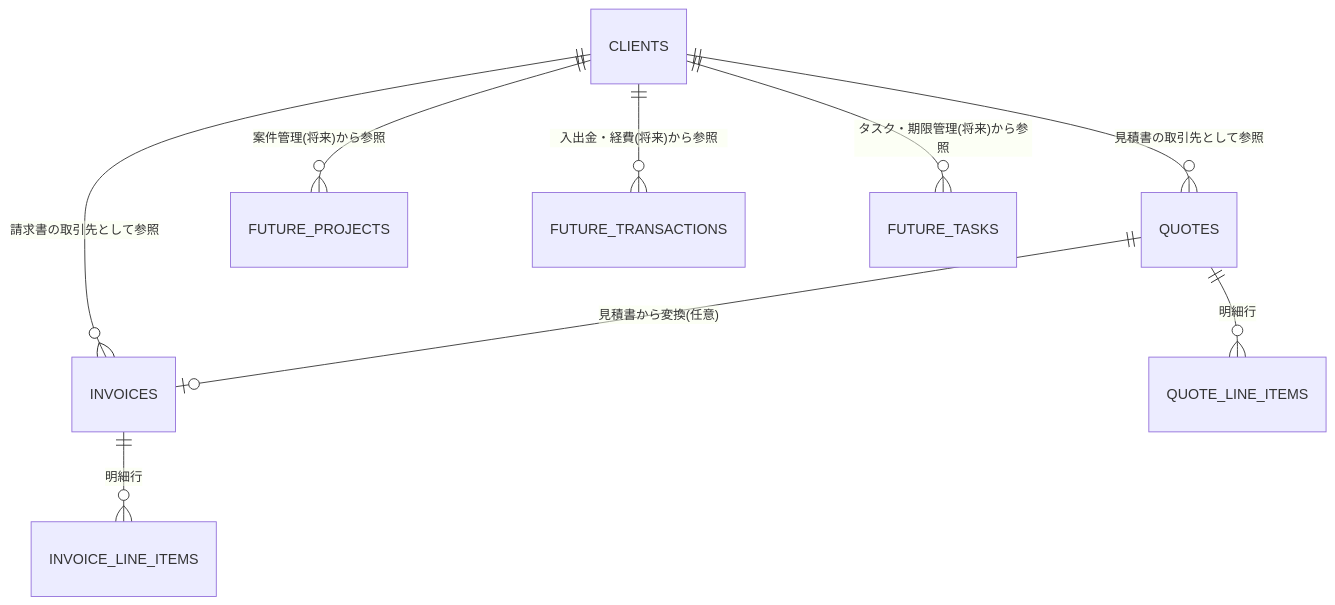
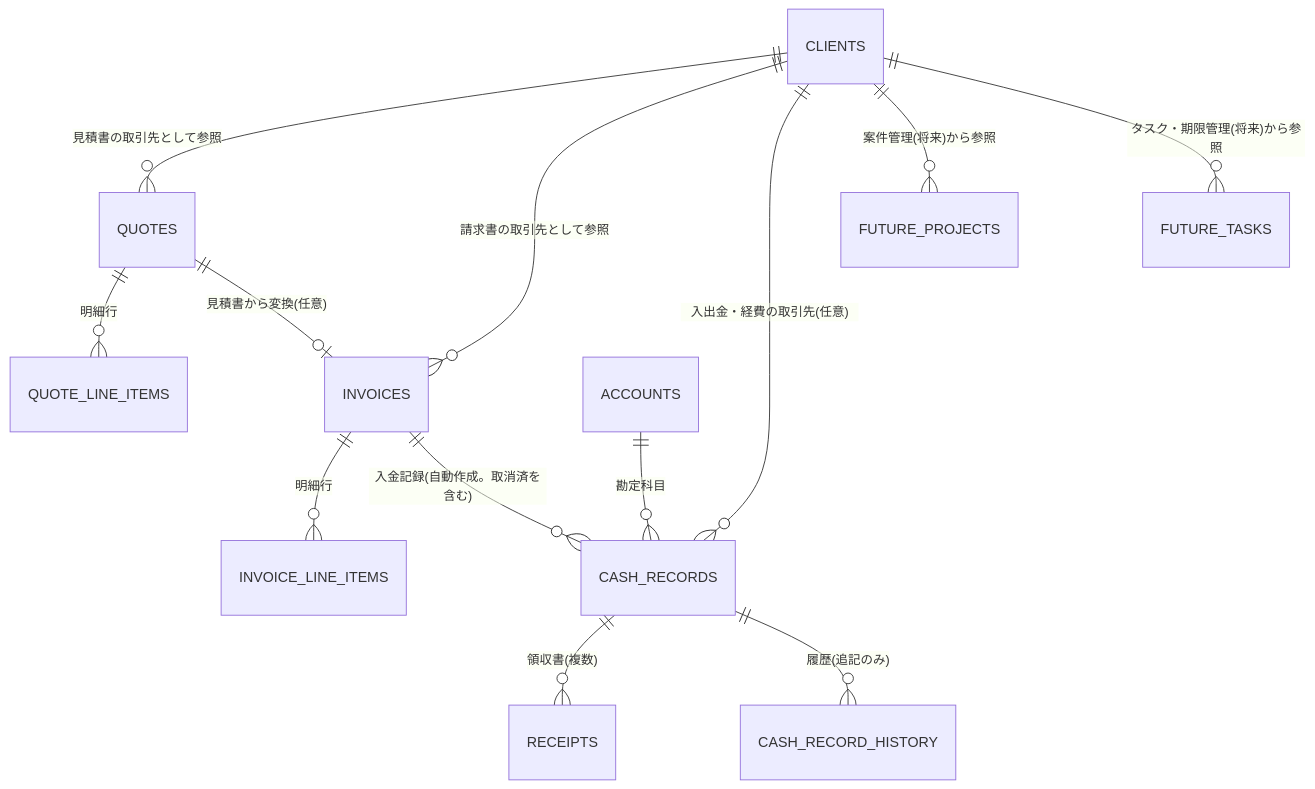
The third of 3 diagrams in docs/03_architect/基本設計書.md (eiai00000001-cell/jimu-hub), drawn with Mermaid before and after one commit. The commit also changed other lines of this file and 1 other file, not shown here.

````diff
--- a/docs/03_architect/基本設計書.md
+++ b/docs/03_architect/基本設計書.md
@@ -387,11 +604,15 @@
 ```mermaid
 erDiagram
   CLIENTS ||--o{ QUOTES : "見積書の取引先として参照"
   CLIENTS ||--o{ INVOICES : "請求書の取引先として参照"
   QUOTES ||--o{ QUOTE_LINE_ITEMS : "明細行"
   INVOICES ||--o{ INVOICE_LINE_ITEMS : "明細行"
   QUOTES ||--o| INVOICES : "見積書から変換(任意)"
+  CLIENTS ||--o{ CASH_RECORDS : "入出金・経費の取引先(任意)"
+  INVOICES ||--o{ CASH_RECORDS : "入金記録(自動作成。取消済を含む)"
+  ACCOUNTS ||--o{ CASH_RECORDS : "勘定科目"
+  CASH_RECORDS ||--o{ RECEIPTS : "領収書(複数)"
+  CASH_RECORDS ||--o{ CASH_RECORD_HISTORY : "履歴(追記のみ)"
   CLIENTS ||--o{ FUTURE_PROJECTS : "案件管理(将来)から参照"
-  CLIENTS ||--o{ FUTURE_TRANSACTIONS : "入出金・経費(将来)から参照"
   CLIENTS ||--o{ FUTURE_TASKS : "タスク・期限管理(将来)から参照"
 ```
````
